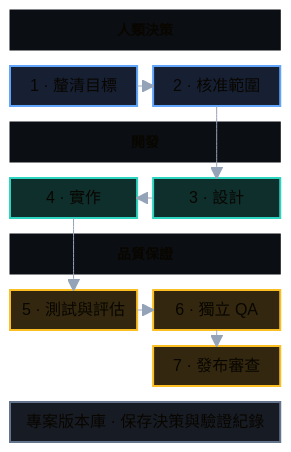
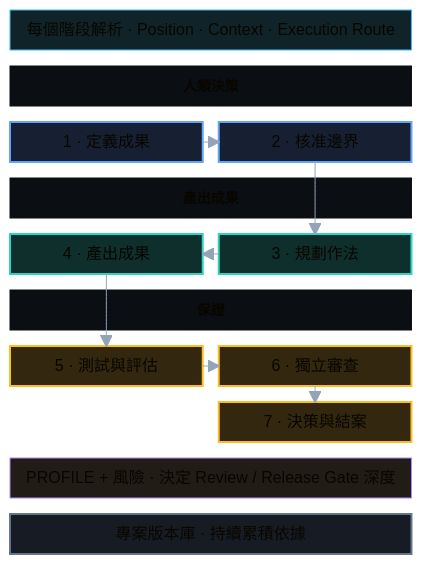
Before and after one commit to zsz1210/temple-ai-dev-org: the diagram in docs/assets/temple-delivery-path.zh-TW-mobile.mmd, drawn with Mermaid. The commit also changed 25 other files, not shown here.

Commit message:
docs: generalize Temple Work Item diagrams

```diff
--- a/docs/assets/temple-delivery-path.zh-TW-mobile.mmd
+++ b/docs/assets/temple-delivery-path.zh-TW-mobile.mmd
@@ -1,40 +1,46 @@
 ---
 config:
   theme: base
   fontFamily: "PingFang TC, Noto Sans TC, Inter, Arial, sans-serif"
   block:
     padding: 16
   themeVariables:
     background: "#0b0f14"
     primaryTextColor: "#f8fafc"
     lineColor: "#94a3b8"
 ---
 block-beta
   columns 2
+  R["每個階段解析 · Position · Context · Execution Route"]:2
   H["人類決策"]:2
-  S1["1 · 釐清目標"] S2["2 · 核准範圍"]
-  D["開發"]:2
-  S4["4 · 實作"] S3["3 · 設計"]
-  A["品質保證"]:2
-  S5["5 · 測試與評估"] S6["6 · 獨立 QA"]
-  space S7["7 · 發布審查"]
-  E["專案版本庫 · 保存決策與驗證紀錄"]:2
+  S1["1 · 定義成果"] S2["2 · 核准邊界"]
+  D["產出成果"]:2
+  S4["4 · 產出成果"] S3["3 · 規劃作法"]
+  A["保證"]:2
+  S5["5 · 測試與評估"] S6["6 · 獨立審查"]
+  space S7["7 · 決策與結案"]
+  P["PROFILE + 風險 · 決定 Review / Release Gate 深度"]:2
+  E["專案版本庫 · 持續累積依據"]:2
 
   S1 --> S2
   S2 --> S3
   S3 --> S4
   S4 --> S5
   S5 --> S6
   S6 --> S7
 
   classDef lane fill:#0b0f14,stroke:#0b0f14,color:#94a3b8,font-weight:700,font-size:14px;
   classDef human fill:#172033,stroke:#60a5fa,color:#f8fafc,stroke-width:2px;
   classDef delivery fill:#0f2f2d,stroke:#2dd4bf,color:#f8fafc,stroke-width:2px;
   classDef assurance fill:#33280f,stroke:#fbbf24,color:#f8fafc,stroke-width:2px;
+  classDef route fill:#102329,stroke:#38bdf8,color:#e0f2fe,stroke-width:1px;
+  classDef profile fill:#211d16,stroke:#a78bfa,color:#ede9fe,stroke-width:1px;
   classDef evidence fill:#171c24,stroke:#64748b,color:#e2e8f0,stroke-width:2px;
 
   class H,D,A lane
+  class R route
   class S1,S2 human
   class S3,S4 delivery
   class S5,S6,S7 assurance
+  class P profile
   class E evidence
```
